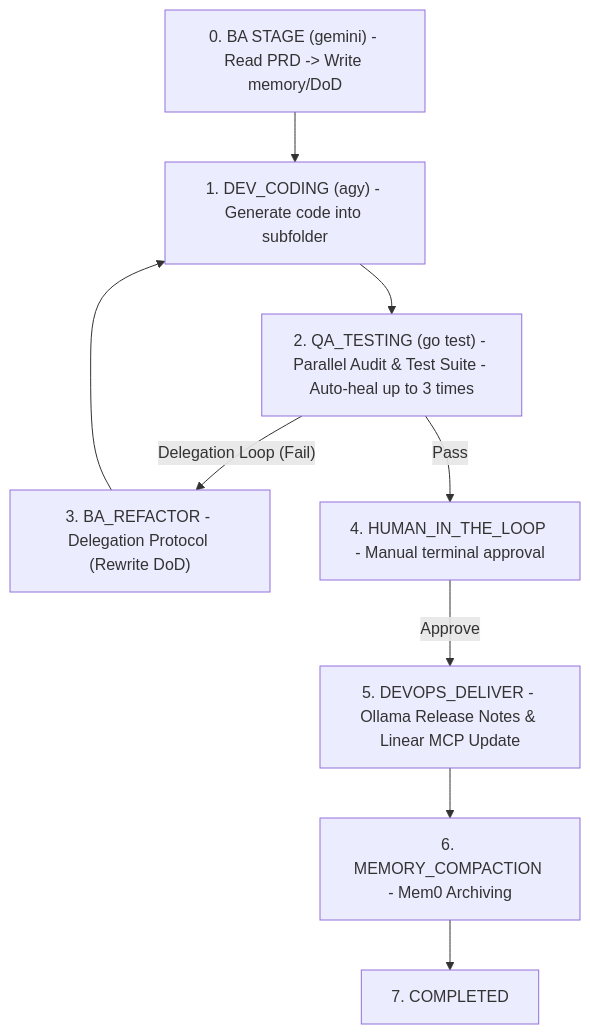
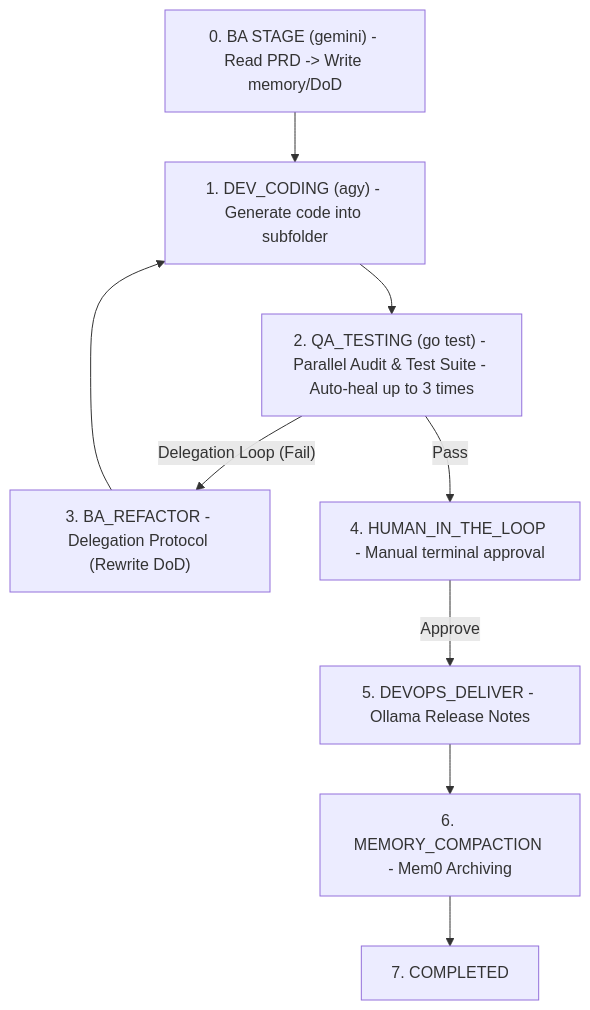
One commit to dothanhlam/harness-engineering changed the diagram in README.md. Above: the diagram before and after it, drawn with Mermaid. The commit also changed other lines of this file and 5 other files, not shown here.

Commit message:
refactor: remove linear and notion MCP dependencies and update README

````diff
--- a/README.md
+++ b/README.md
@@ -11,20 +11,20 @@
 ```mermaid
 flowchart TD
     BA["0. BA STAGE (gemini) - Read PRD -> Write memory/DoD"]
     DEV["1. DEV_CODING (agy) - Generate code into subfolder"]
     QA["2. QA_TESTING (go test) - Parallel Audit & Test Suite - Auto-heal up to 3 times"]
     BA_REF["3. BA_REFACTOR - Delegation Protocol (Rewrite DoD)"]
     HITL["4. HUMAN_IN_THE_LOOP - Manual terminal approval"]
-    DEVOPS["5. DEVOPS_DELIVER - Ollama Release Notes & Linear MCP Update"]
+    DEVOPS["5. DEVOPS_DELIVER - Ollama Release Notes"]
     COMPACT["6. MEMORY_COMPACTION - Mem0 Archiving"]
     DONE["7. COMPLETED"]
 
     BA --> DEV
     DEV --> QA
     QA -- "Delegation Loop (Fail)" --> BA_REF
     BA_REF --> DEV
     QA -- "Pass" --> HITL
     HITL -- "Approve" --> DEVOPS
     DEVOPS --> COMPACT
     COMPACT --> DONE
 ```
````
